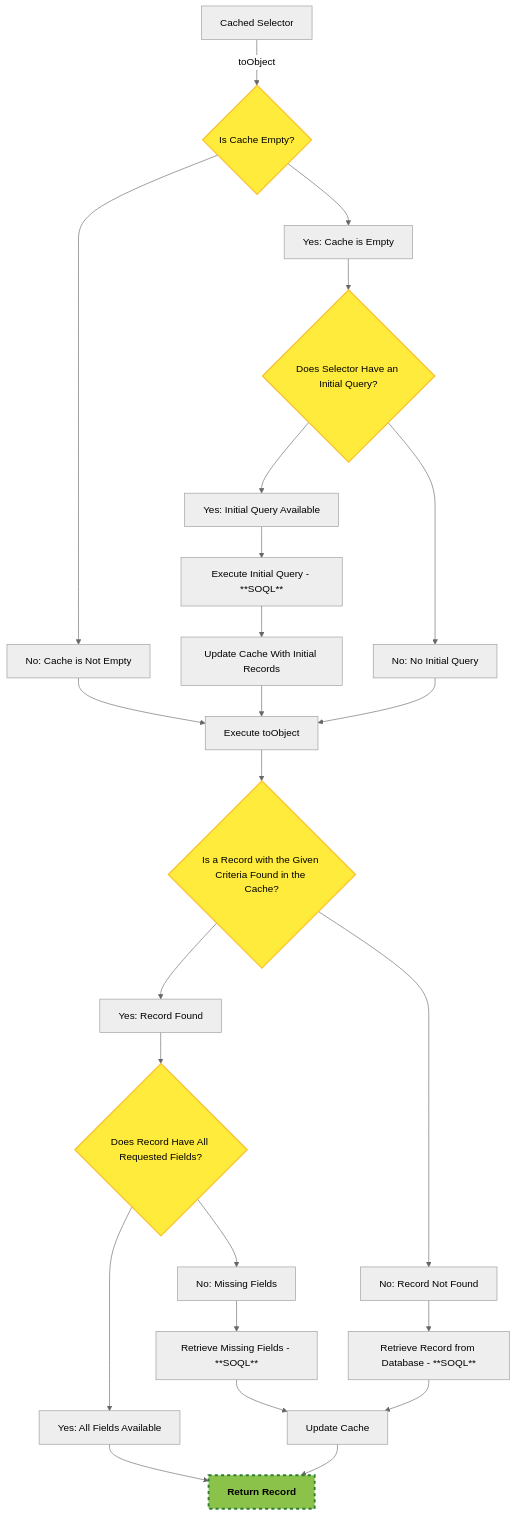
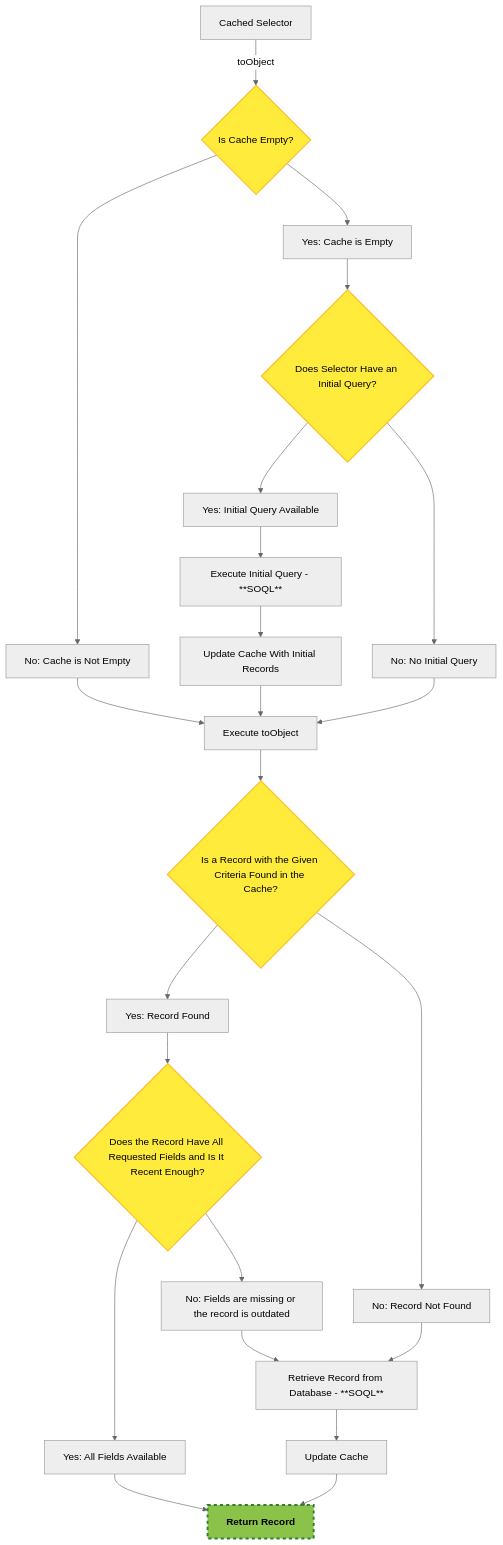
One commit to beyond-the-cloud-dev/soql-lib changed the diagram in website/docs/advanced-usage/soql-caching.md. Above: the diagram before and after it, drawn with Mermaid (neutral theme). The commit also changed other lines of this file and 1 other file, not shown here.

````diff
--- a/website/docs/advanced-usage/soql-caching.md
+++ b/website/docs/advanced-usage/soql-caching.md
@@ -250,44 +265,44 @@
 ```mermaid
 flowchart TD
     CachedSelector[Cached Selector]
     IsCacheEmpty{Is Cache Empty?}
     EmptyCache[Yes: Cache is Empty]
     CacheNotEmpty[No: Cache is Not Empty]
     HasInitialQueryDecision{Does Selector Have an Initial Query?}
     HasInitialQuery[Yes: Initial Query Available]
     NoInitialQuery[No: No Initial Query]
     ExecuteInitialQuery[Execute Initial Query - **SOQL**]
     PopulateCache[Update Cache With Initial Records]
     ExecuteToObject[Execute toObject]
     FindRecordInCache{Is a Record with the Given Criteria Found in the Cache?}
     RecordFound[Yes: Record Found]
     RecordNotFound[No: Record Not Found]
-    HasAllFields{Does Record Have All Requested Fields?}
+    HasAllFields{Does the Record Have All Requested Fields and Is It Recent Enough?  }
     AllFields[Yes: All Fields Available]
-    MissingFields[No: Missing Fields]
-    RetrieveField[Retrieve Missing Fields - **SOQL**]
+    MissingFields[No: Fields are missing or the record is outdated]
     RetrieveFromDB[Retrieve Record from Database - **SOQL**]
     UpdateCache[Update Cache]
     Done[Return Record]
 
     CachedSelector --> |toObject| IsCacheEmpty
     IsCacheEmpty --> EmptyCache --> HasInitialQueryDecision
     IsCacheEmpty --> CacheNotEmpty --> ExecuteToObject
     HasInitialQueryDecision --> HasInitialQuery --> ExecuteInitialQuery --> PopulateCache --> ExecuteToObject
     HasInitialQueryDecision --> NoInitialQuery --> ExecuteToObject
     ExecuteToObject --> FindRecordInCache
     FindRecordInCache --> RecordFound --> HasAllFields
     HasAllFields --> AllFields --> Done
-    HasAllFields --> MissingFields --> RetrieveField --> UpdateCache
-    FindRecordInCache --> RecordNotFound --> RetrieveFromDB --> UpdateCache
+    HasAllFields --> MissingFields --> RetrieveFromDB
+    FindRecordInCache --> RecordNotFound --> RetrieveFromDB
+    RetrieveFromDB --> UpdateCache
     UpdateCache --> Done
 
     Done:::greenNode
     IsCacheEmpty:::yellowNode
     HasInitialQueryDecision:::yellowNode
     FindRecordInCache:::yellowNode
     HasAllFields:::yellowNode
 
     classDef greenNode fill:#8BC34A,stroke:#2E7D32,stroke-width:3px,font-size:16px,font-weight:bold,stroke-dasharray:5 5;
     classDef yellowNode fill:#FFEB3B,stroke:#FBC02D,stroke-width:2px;
 ```
````
